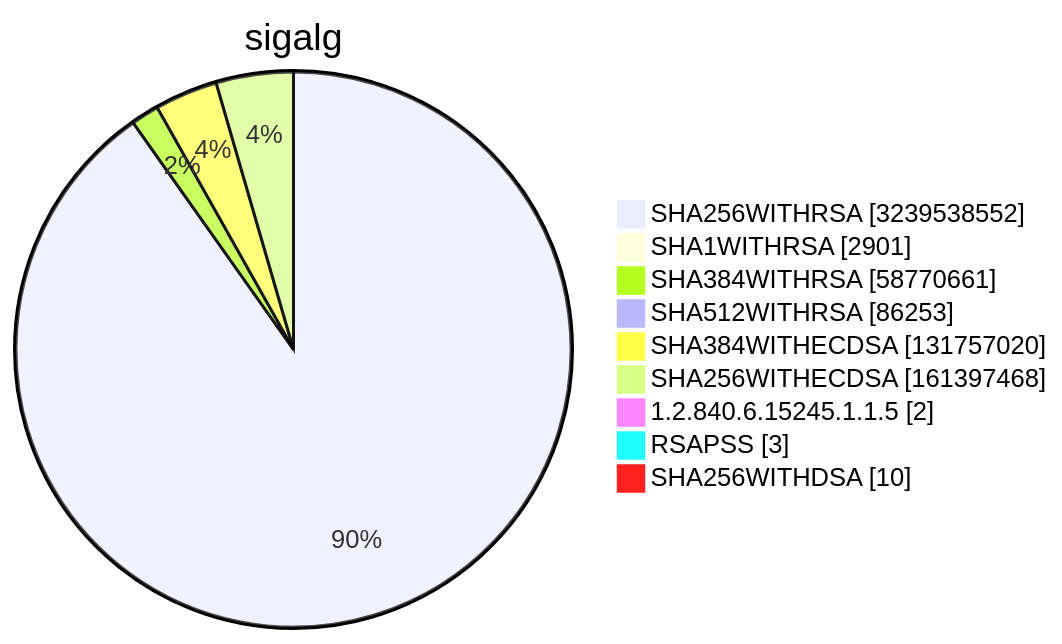
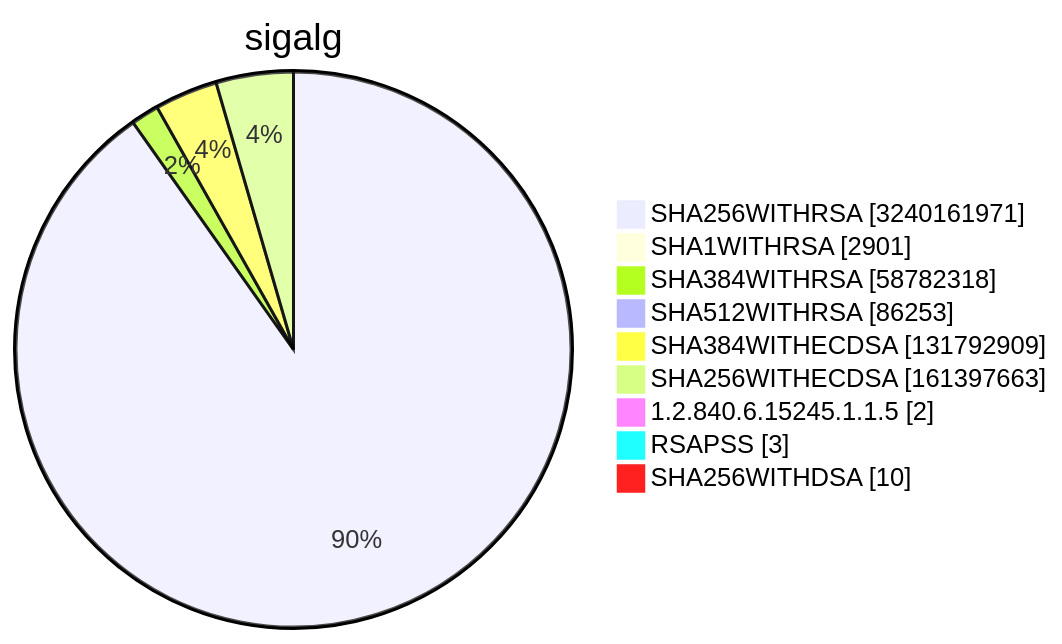
Diagram 15 of 15 in TOTAL/README.md (christiankrug/ctmonitor_visualization), drawn with Mermaid before and after one commit. The commit also changed other lines of this file, not shown here.

````diff
--- a/TOTAL/README.md
+++ b/TOTAL/README.md
@@ -6217,13 +6217,13 @@
 ```mermaid
 pie showData
 title sigalg
-"SHA256WITHRSA" :3239538552
+"SHA256WITHRSA" :3240161971
 "SHA1WITHRSA" :2901
-"SHA384WITHRSA" :58770661
+"SHA384WITHRSA" :58782318
 "SHA512WITHRSA" :86253
-"SHA384WITHECDSA" :131757020
-"SHA256WITHECDSA" :161397468
+"SHA384WITHECDSA" :131792909
+"SHA256WITHECDSA" :161397663
 "1.2.840.6.15245.1.1.5" :2
 "RSAPSS" :3
 "SHA256WITHDSA" :10
 ```
````
